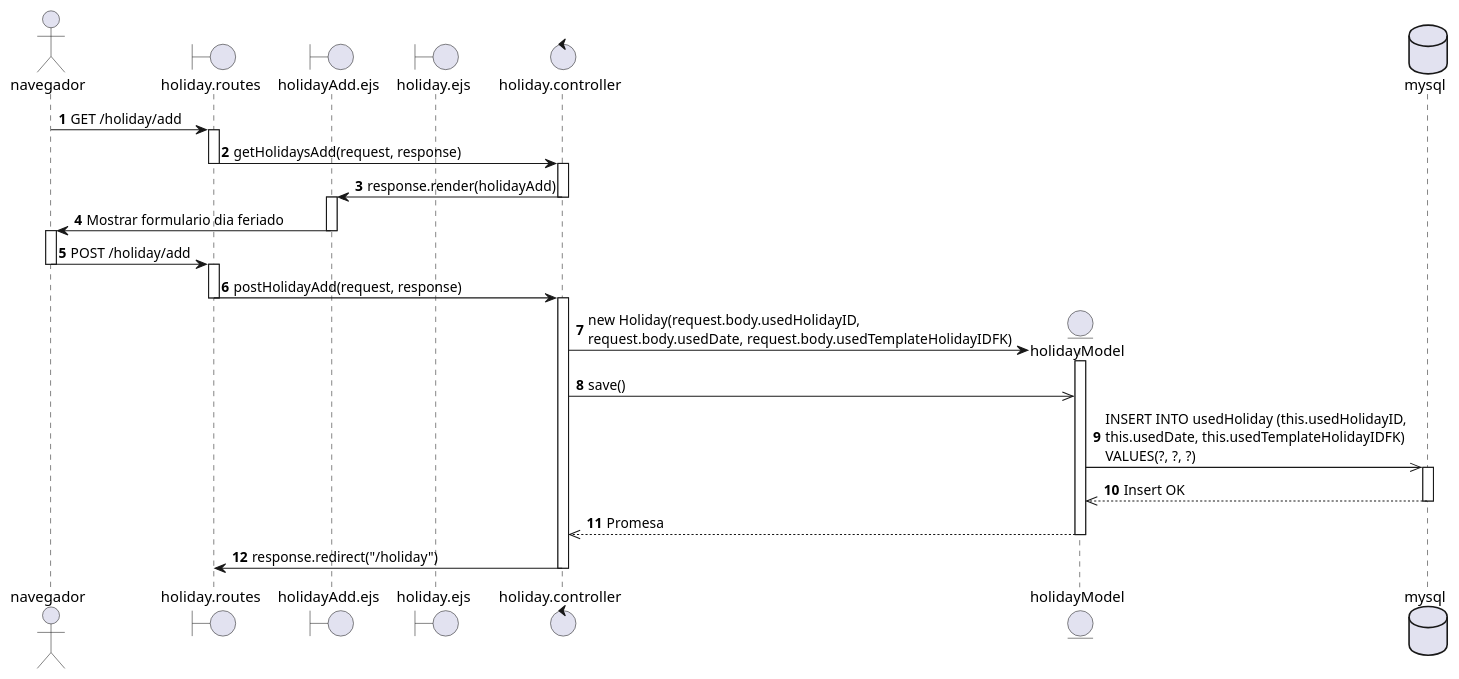
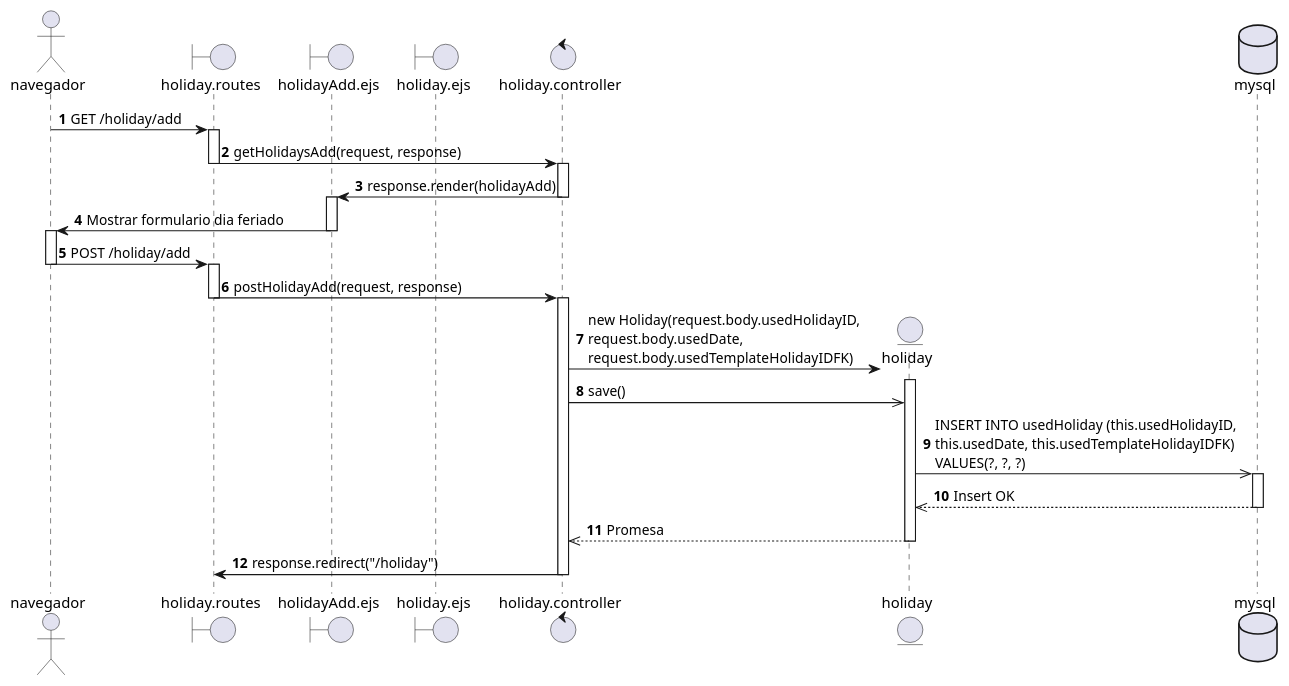
One commit to EdCanCe/WorkCells changed the diagram in diagrams/Casos de Uso/CU Emilio/DS/CU36.puml. Above: the diagram before and after it, drawn with PlantUML. The commit also changed 2 other files, not shown here.

Commit message:
Actualizacion de diagrama de secuencia CU36 y creacion de diagrama de CU26 y CU30

```diff
--- a/diagrams/Casos de Uso/CU Emilio/DS/CU36.puml
+++ b/diagrams/Casos de Uso/CU Emilio/DS/CU36.puml
@@ -1,49 +1,49 @@
 @startuml CU36 - Superadmin Registra dia feriado
 actor navegador
 boundary holiday.routes
 boundary holidayAdd.ejs
 boundary holiday.ejs
 control holiday.controller
-entity holidayModel
+entity holiday
 database mysql
 
 autonumber
 navegador -> holiday.routes : GET /holiday/add
 activate holiday.routes
 
 holiday.routes -> holiday.controller: getHolidaysAdd(request, response)
 deactivate holiday.routes
 activate holiday.controller
 
 holiday.controller -> holidayAdd.ejs: response.render(holidayAdd)
 deactivate holiday.controller
 activate holidayAdd.ejs
 
 holidayAdd.ejs -> navegador : Mostrar formulario dia feriado
 deactivate holidayAdd.ejs
 activate navegador
 
 navegador -> holiday.routes : POST /holiday/add
 deactivate navegador
 activate holiday.routes
 
 holiday.routes -> holiday.controller : postHolidayAdd(request, response)
 deactivate holiday.routes
 activate holiday.controller
-create holidayModel
-holiday.controller -> holidayModel : new Holiday(request.body.usedHolidayID, \nrequest.body.usedDate, request.body.usedTemplateHolidayIDFK)
-activate holidayModel
+create holiday
+holiday.controller -> holiday : new Holiday(request.body.usedHolidayID, \nrequest.body.usedDate, \nrequest.body.usedTemplateHolidayIDFK)
+activate holiday
 
-holiday.controller ->> holidayModel : save()
+holiday.controller ->> holiday : save()
 
-holidayModel ->> mysql : INSERT INTO usedHoliday (this.usedHolidayID, \nthis.usedDate, this.usedTemplateHolidayIDFK) \nVALUES(?, ?, ?)
+holiday ->> mysql : INSERT INTO usedHoliday (this.usedHolidayID, \nthis.usedDate, this.usedTemplateHolidayIDFK) \nVALUES(?, ?, ?)
 activate mysql
-mysql -->> holidayModel : Insert OK
+mysql -->> holiday : Insert OK
 deactivate mysql
-holidayModel -->> holiday.controller : Promesa
-deactivate holidayModel
+holiday -->> holiday.controller : Promesa
+deactivate holiday
 
 holiday.controller -> holiday.routes : response.redirect("/holiday")
 deactivate holiday.controller
 
 @enduml
```
